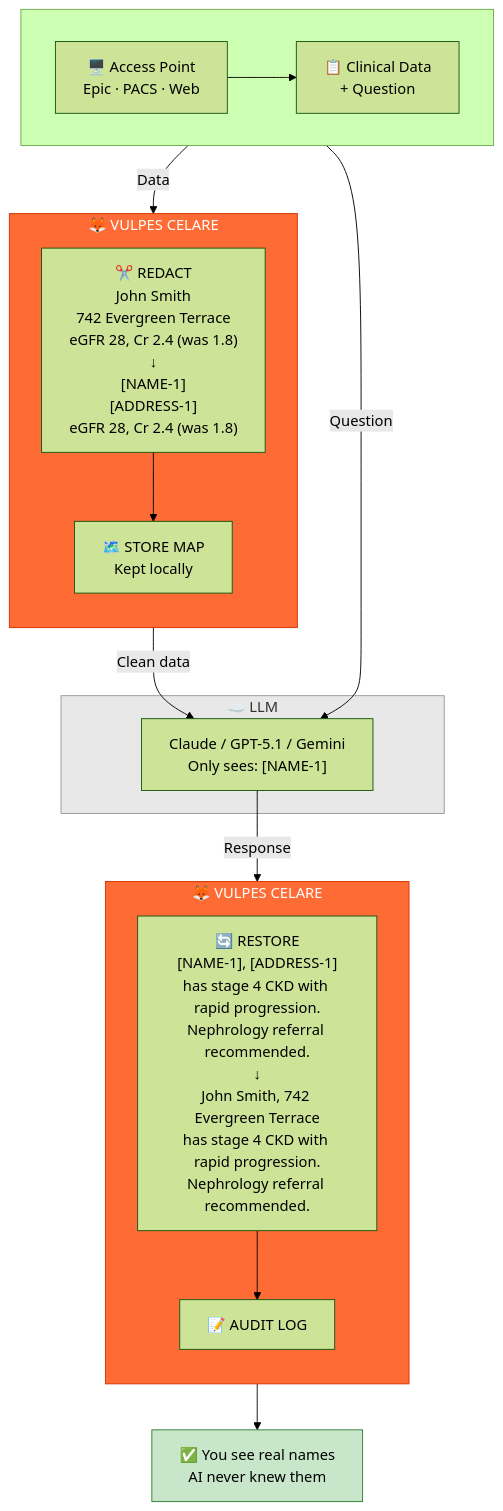
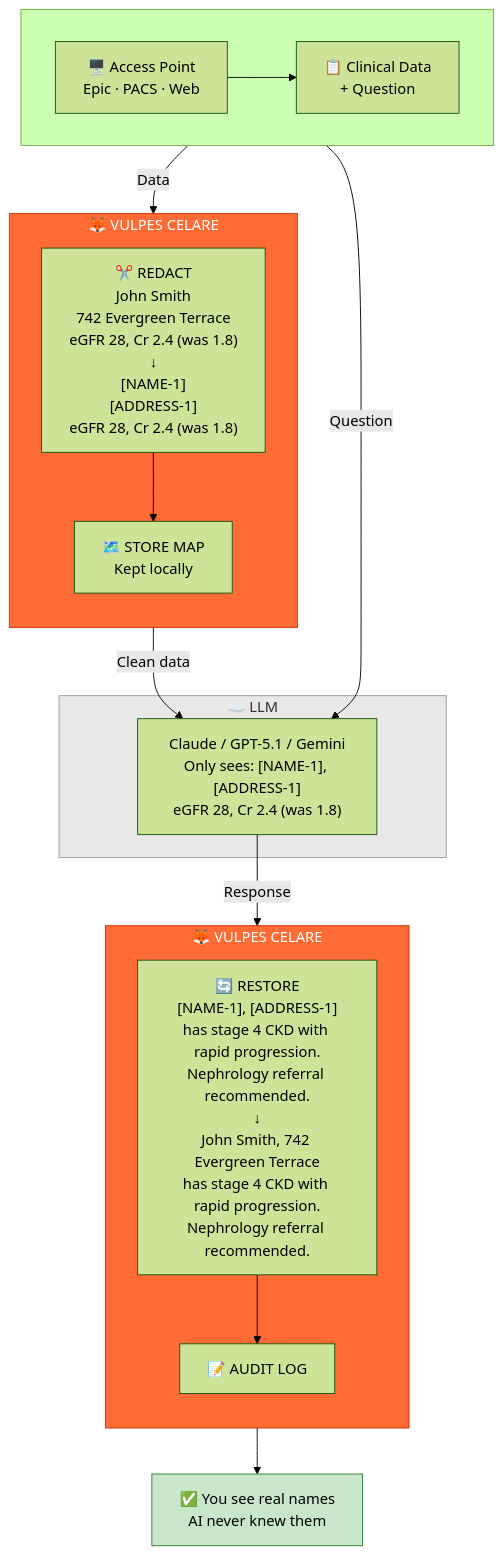
The diagram in README.md (DocHatty/Vulpes-Celare), drawn with Mermaid (forest theme) before and after one commit.

````diff
--- a/README.md
+++ b/README.md
@@ -36,43 +36,43 @@
 ```mermaid
 flowchart TB
     subgraph INPUT [" "]
         direction LR
         Access["🖥️ Access Point<br/>Epic · PACS · Web"]
         Data["📋 Clinical Data<br/>+ Question"]
     end
 
     Access --> Data
 
     subgraph CORE ["🦊 VULPES CELARE"]
         direction TB
         Redact["✂️ REDACT<br/>John Smith<br/>742 Evergreen Terrace<br/>eGFR 28, Cr 2.4 (was 1.8)<br/>↓<br/>[NAME-1]<br/>[ADDRESS-1]<br/>eGFR 28, Cr 2.4 (was 1.8)"]
         Map["🗺️ STORE MAP<br/>Kept locally"]
         Redact --> Map
     end
 
     Data -->|"Data"| Redact
     Data -->|"Question"| LLM
 
     subgraph EXT ["☁️ LLM"]
-        LLM["Claude / GPT-5.1 / Gemini<br/>Only sees: [NAME-1]"]
+        LLM["Claude / GPT-5.1 / Gemini<br/>Only sees: [NAME-1], [ADDRESS-1]<br/>eGFR 28, Cr 2.4 (was 1.8)"]
     end
 
     Map -->|"Clean data"| LLM
 
     subgraph CORE2 ["🦊 VULPES CELARE"]
         direction TB
         Restore["🔄 RESTORE<br/>[NAME-1], [ADDRESS-1]<br/>has stage 4 CKD with rapid progression.<br/>Nephrology referral recommended.<br/>↓<br/>John Smith, 742 Evergreen Terrace<br/>has stage 4 CKD with rapid progression.<br/>Nephrology referral recommended."]
         Audit["📝 AUDIT LOG"]
         Restore --> Audit
     end
 
     LLM -->|"Response"| Restore
 
     Result["✅ You see real names<br/>AI never knew them"]
     Audit --> Result
 
     style CORE fill:#ff6b35,stroke:#d63000,color:#fff
     style CORE2 fill:#ff6b35,stroke:#d63000,color:#fff
     style EXT fill:#e8e8e8,stroke:#999
     style Result fill:#c8e6c9,stroke:#2e7d32
 ```
````
